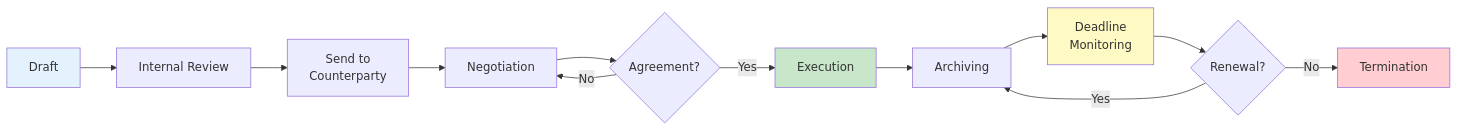
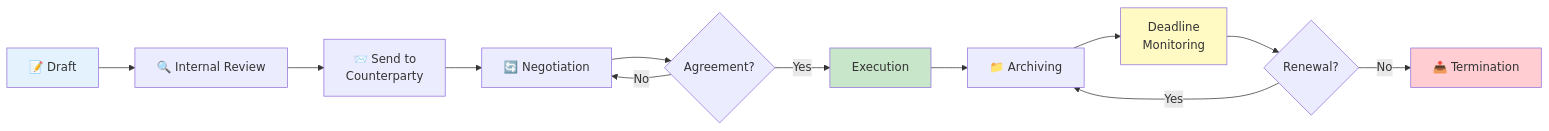
One commit to justinsz/ProPrompt changed the first of 2 diagrams in law_en.md. Above: the diagram before and after it, drawn with Mermaid. The commit also changed other lines of this file and 11 other files, not shown here.

First line of the commit message:
Restore emojis in normal text, keep prompts clean, fix Mermaid syntax

````diff
--- a/law_en.md
+++ b/law_en.md
@@ -124,19 +124,19 @@
 ```mermaid
 flowchart LR
-    A[Draft] --> B[Internal Review]
-    B --> C[Send to<br/>Counterparty]
-    C --> D[Negotiation]
+    A[📝 Draft] --> B[🔍 Internal Review]
+    B --> C[📨 Send to<br/>Counterparty]
+    C --> D[🔄 Negotiation]
     D --> E{Agreement?}
     E -- Yes --> F[Execution]
     E -- No --> D
-    F --> G[Archiving]
+    F --> G[📁 Archiving]
     G --> H[Deadline<br/>Monitoring]
     H --> I{Renewal?}
     I -- Yes --> G
-    I -- No --> J[Termination]
+    I -- No --> J[📤 Termination]
 
     style A fill:#e3f2fd
     style F fill:#c8e6c9
     style H fill:#fff9c4
     style J fill:#ffcdd2
 ```
````
